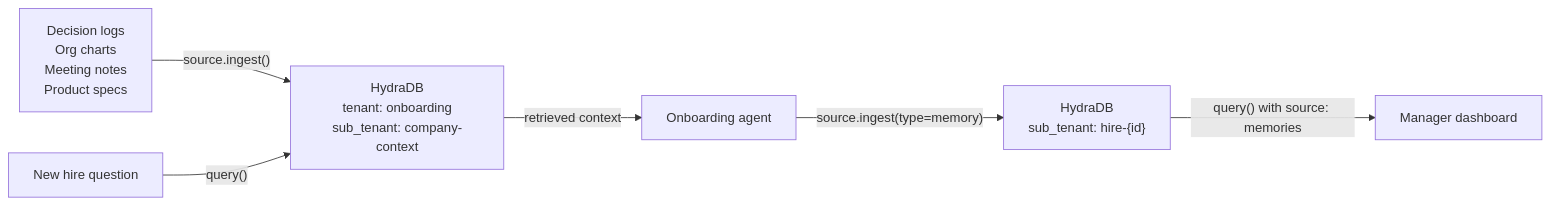
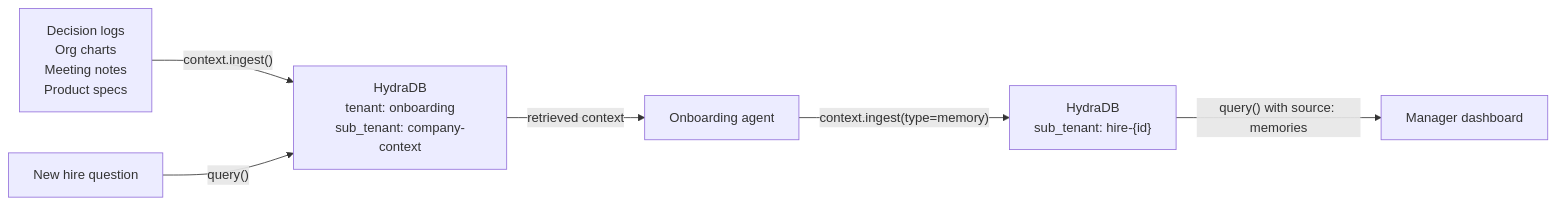
One commit to rupamghosh2006/mintlify-docs changed the diagram in cookbooks/v2/ai-onboarding-agent.mdx. Above: the diagram before and after it, drawn with Mermaid. The commit also changed other lines of this file and 11 other files, not shown here.

Commit message:
Rename metadata fields in cookbooks/v2: tenant_metadata->metadata, document_metadata->additional_metadata, file_metadata->document_metadata, /source->/context

````diff
--- a/cookbooks/v2/ai-onboarding-agent.mdx
+++ b/cookbooks/v2/ai-onboarding-agent.mdx
@@ -29,8 +29,8 @@
 ```mermaid
 graph LR
-    A["Decision logs<br/>Org charts<br/>Meeting notes<br/>Product specs"] -->|"source.ingest()"| B["HydraDB<br/>tenant: onboarding<br/>sub_tenant: company-context"]
+    A["Decision logs<br/>Org charts<br/>Meeting notes<br/>Product specs"] -->|"context.ingest()"| B["HydraDB<br/>tenant: onboarding<br/>sub_tenant: company-context"]
     C["New hire question"] -->|"query()"| B
     B -->|"retrieved context"| D["Onboarding agent"]
-    D -->|"source.ingest(type=memory)"| E["HydraDB<br/>sub_tenant: hire-{id}"]
+    D -->|"context.ingest(type=memory)"| E["HydraDB<br/>sub_tenant: hire-{id}"]
     E -->|"query() with source: memories"| F["Manager dashboard"]
 ```
````
